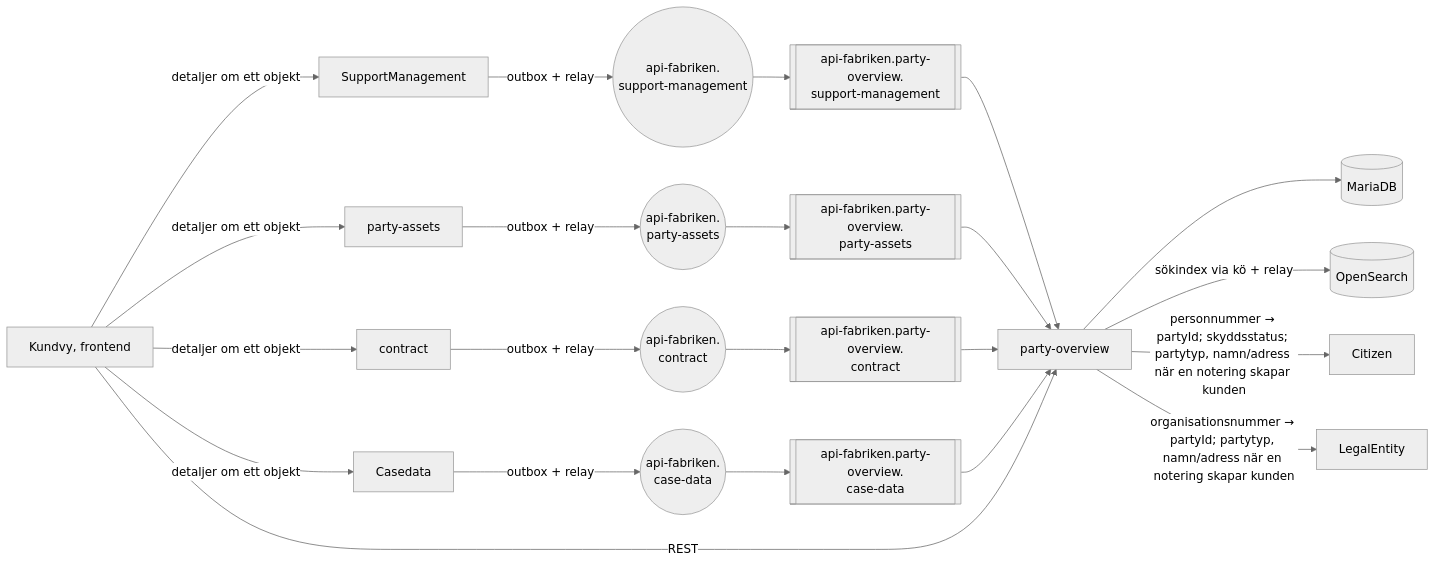
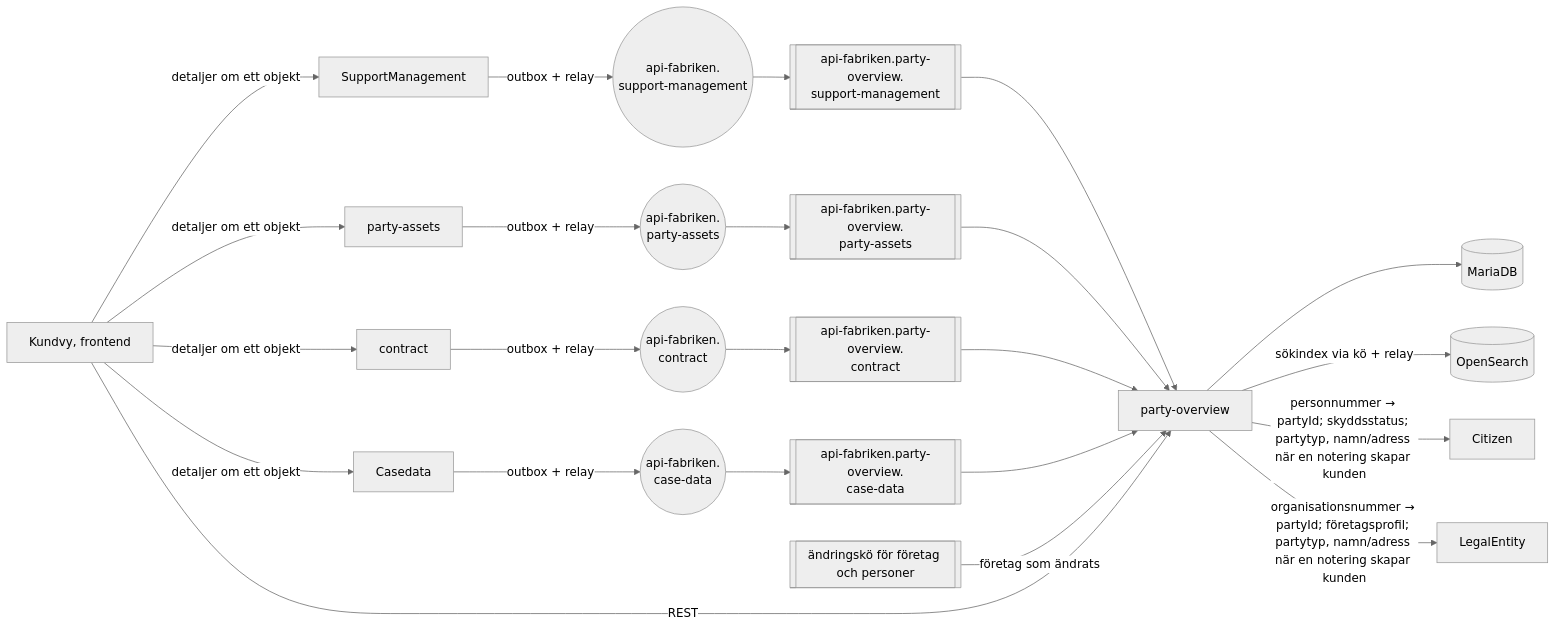
Before and after one commit to Sundsvallskommun/api-service-party-overview: the diagram in docs/arkitektur/01-oversikt.md, drawn with Mermaid (neutral theme). The commit also changed 14 other files, not shown here.

First line of the commit message:
Store company data from LegalEntity in an enterprise profile

````diff
--- a/docs/arkitektur/01-oversikt.md
+++ b/docs/arkitektur/01-oversikt.md
@@ -5,24 +5,25 @@
 ```mermaid
 flowchart LR
     SM[SupportManagement] -->|outbox + relay| EXSM((api-fabriken.<br/>support-management))
     PA[party-assets] -->|outbox + relay| EXPA((api-fabriken.<br/>party-assets))
     CT[contract] -->|outbox + relay| EXCT((api-fabriken.<br/>contract))
     CD[Casedata] -->|outbox + relay| EXCD((api-fabriken.<br/>case-data))
     EXSM --> QSM[[api-fabriken.party-overview.<br/>support-management]]
     EXPA --> QPA[[api-fabriken.party-overview.<br/>party-assets]]
     EXCT --> QCT[[api-fabriken.party-overview.<br/>contract]]
     EXCD --> QCD[[api-fabriken.party-overview.<br/>case-data]]
     QSM --> PO[party-overview]
     QPA --> PO
     QCT --> PO
     QCD --> PO
+    QREG[[ändringskö för företag och personer]] -->|företag som ändrats| PO
     PO --> DB[(MariaDB)]
     PO -->|sökindex via kö + relay| OS[(OpenSearch)]
     PO -->|personnummer → partyId; skyddsstatus; partytyp, namn/adress när en notering skapar kunden| CIT[Citizen]
-    PO -->|organisationsnummer → partyId; partytyp, namn/adress när en notering skapar kunden| LE[LegalEntity]
+    PO -->|organisationsnummer → partyId; företagsprofil; partytyp, namn/adress när en notering skapar kunden| LE[LegalEntity]
     FE[Kundvy, frontend] -->|REST| PO
     FE -->|detaljer om ett objekt| SM
     FE -->|detaljer om ett objekt| PA
     FE -->|detaljer om ett objekt| CT
     FE -->|detaljer om ett objekt| CD
 ```
````
